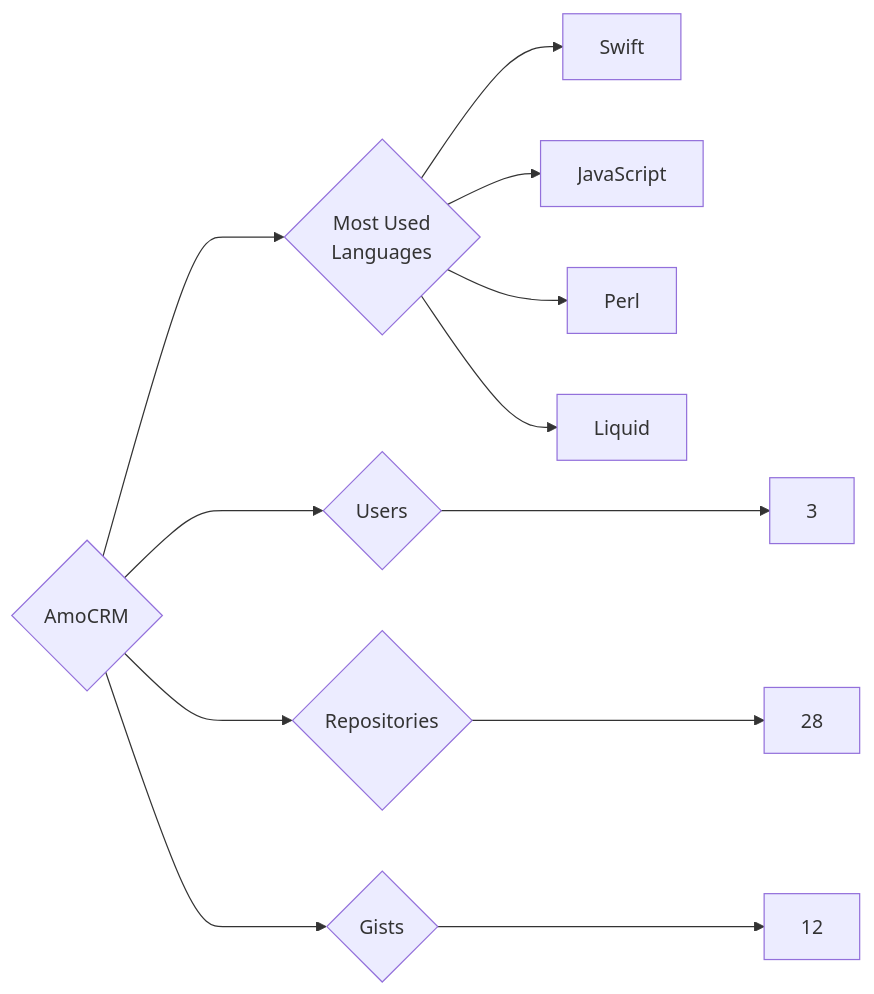
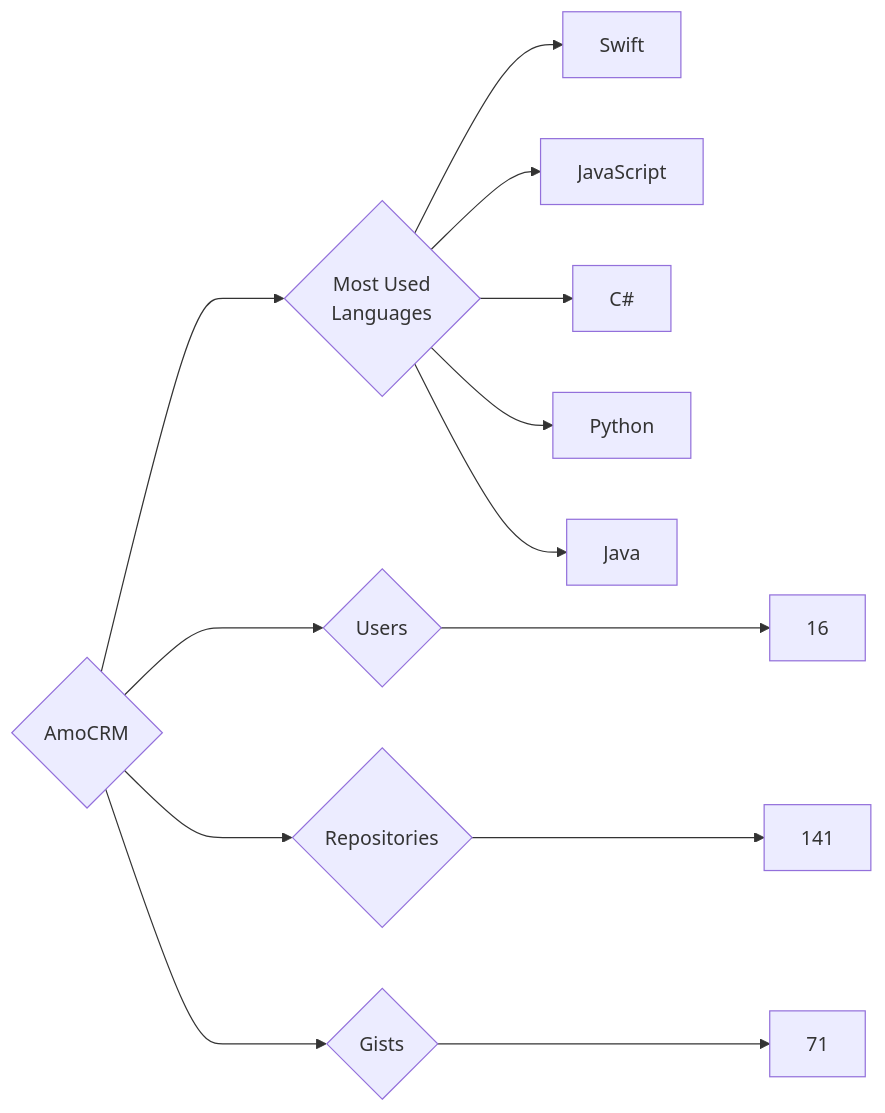
One commit to trickest/insiders changed the diagram in targets/AmoCRM/README.md. Above: the diagram before and after it, drawn with Mermaid. The commit also changed 809 other files, not shown here.

````diff
--- a/targets/AmoCRM/README.md
+++ b/targets/AmoCRM/README.md
@@ -3,12 +3,13 @@
 ```mermaid
 graph LR
 COMPANY_NAME{AmoCRM}
-COMPANY_NAME ---> U{Users} ---> UN[3]
-COMPANY_NAME ---> R{Repositories} ---> RN[28]
-COMPANY_NAME ---> G{Gists} ---> GN[12]
+COMPANY_NAME ---> U{Users} ---> UN[16]
+COMPANY_NAME ---> R{Repositories} ---> RN[141]
+COMPANY_NAME ---> G{Gists} ---> GN[71]
 COMPANY_NAME ---> ML{Most Used<br>Languages}
 ML --> Swift[Swift]
 ML --> JavaScript[JavaScript]
-ML --> Perl[Perl]
-ML --> Liquid[Liquid]
+ML --> C#[C#]
+ML --> Python[Python]
+ML --> Java[Java]
 ```
````
